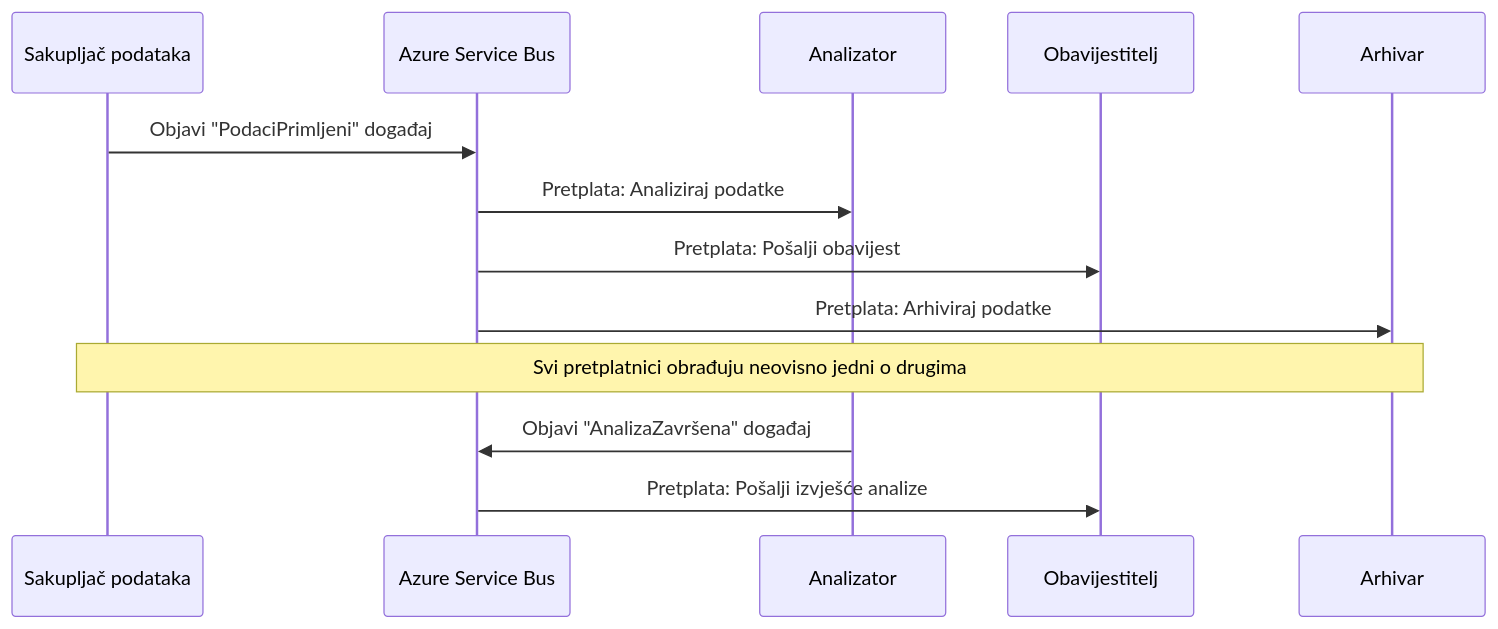
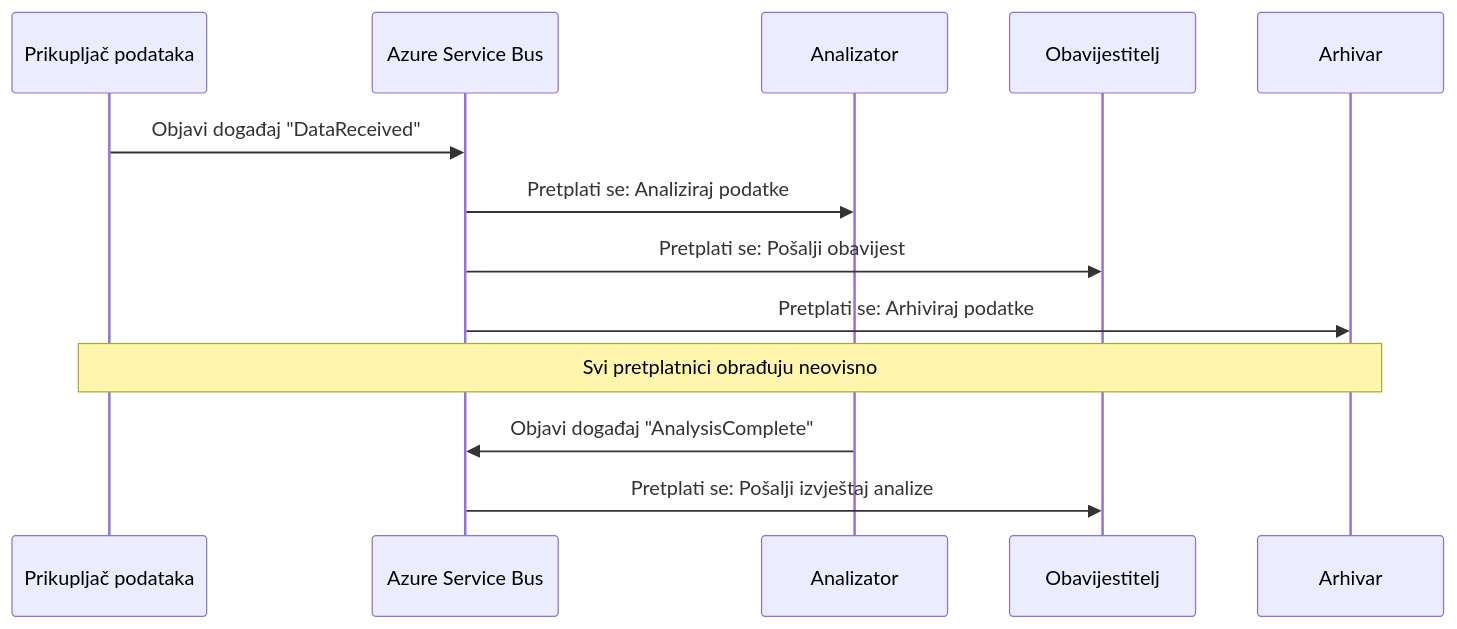
The fourth of 6 diagrams in translations/hr/docs/chapter-06-pre-deployment/coordination-patterns.md (microsoft/AZD-for-beginners), drawn with Mermaid before and after one commit. The commit also changed other lines of this file and 101 other files, not shown here.

````diff
--- a/translations/hr/docs/chapter-06-pre-deployment/coordination-patterns.md
+++ b/translations/hr/docs/chapter-06-pre-deployment/coordination-patterns.md
@@ -192,18 +185,18 @@
 ```mermaid
 sequenceDiagram
-    participant Agent1 as Sakupljač podataka
+    participant Agent1 as Prikupljač podataka
     participant EventBus as Azure Service Bus
     participant Agent2 as Analizator
     participant Agent3 as Obavijestitelj
     participant Agent4 as Arhivar
     
-    Agent1->>EventBus: Objavi "PodaciPrimljeni" događaj
-    EventBus->>Agent2: Pretplata: Analiziraj podatke
-    EventBus->>Agent3: Pretplata: Pošalji obavijest
-    EventBus->>Agent4: Pretplata: Arhiviraj podatke
+    Agent1->>EventBus: Objavi događaj "DataReceived"
+    EventBus->>Agent2: Pretplati se: Analiziraj podatke
+    EventBus->>Agent3: Pretplati se: Pošalji obavijest
+    EventBus->>Agent4: Pretplati se: Arhiviraj podatke
     
-    Note over Agent1,Agent4: Svi pretplatnici obrađuju neovisno jedni o drugima
+    Note over Agent1,Agent4: Svi pretplatnici obrađuju neovisno
     
-    Agent2->>EventBus: Objavi "AnalizaZavršena" događaj
-    EventBus->>Agent3: Pretplata: Pošalji izvješće analize
+    Agent2->>EventBus: Objavi događaj "AnalysisComplete"
+    EventBus->>Agent3: Pretplati se: Pošalji izvještaj analize
 ```
````
